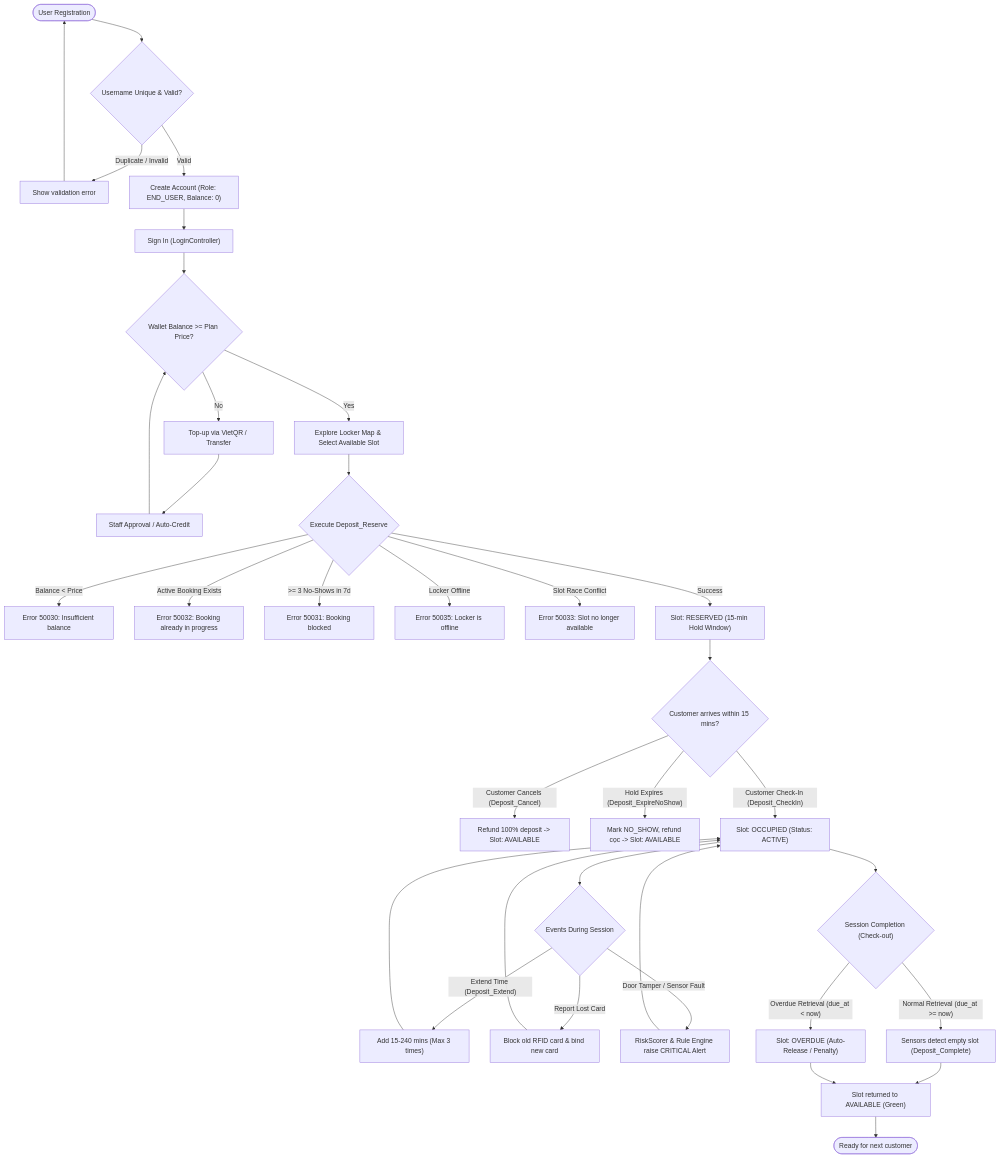
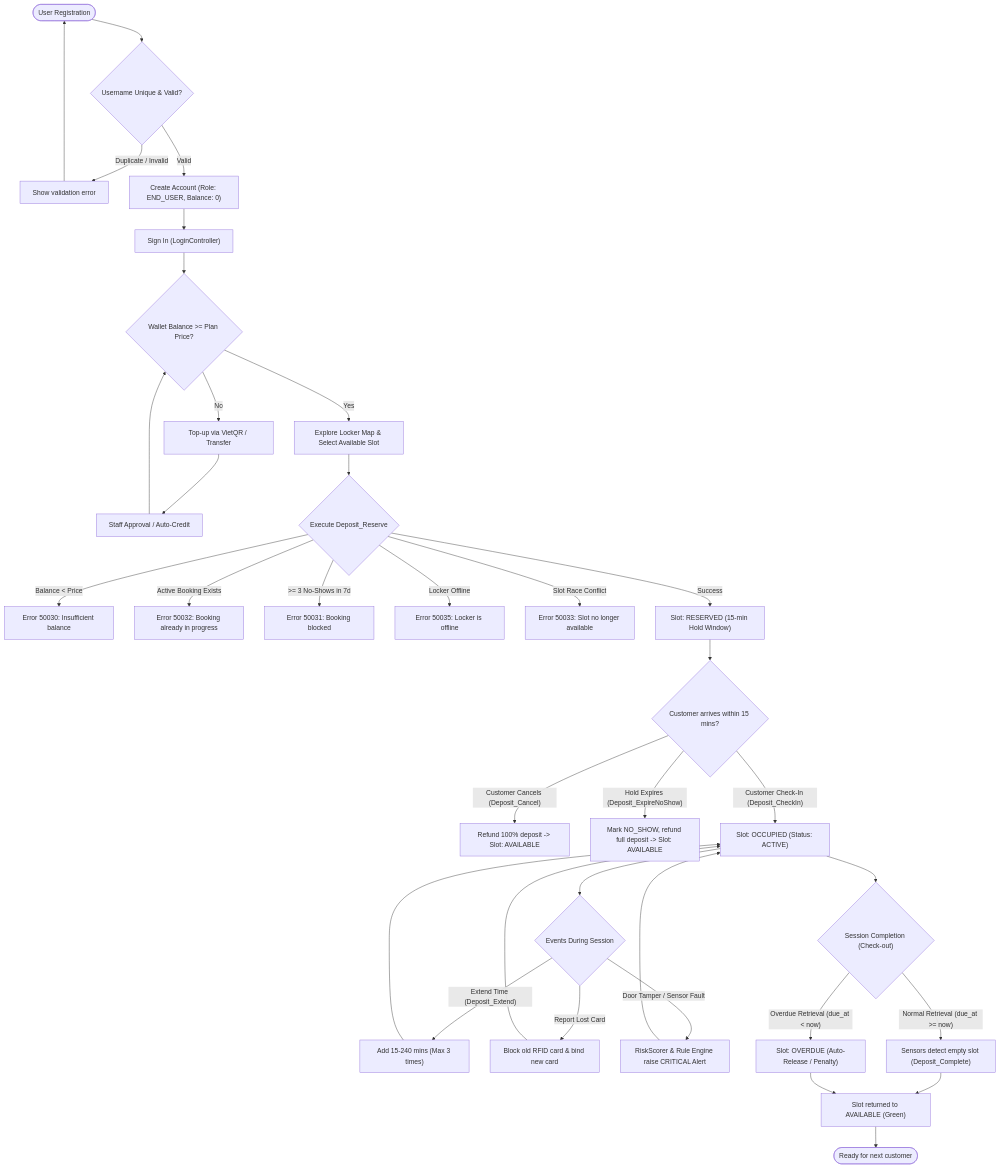
One commit to HoangDuc1003/SmartLocker changed the second of 3 diagrams in docs/SYSTEM_FLOWS.md. Above: the diagram before and after it, drawn with Mermaid. The commit also changed 2 other files, not shown here.

Commit message:
add example data

````diff
--- a/docs/SYSTEM_FLOWS.md
+++ b/docs/SYSTEM_FLOWS.md
@@ -51,47 +51,47 @@
 ```mermaid
 flowchart TD
     Start(["User Registration"]) --> RegVerify{"Username Unique & Valid?"}
     RegVerify -- "Duplicate / Invalid" --> RegError["Show validation error"]
     RegError --> Start
     RegVerify -- "Valid" --> AccCreated["Create Account (Role: END_USER, Balance: 0)"]
     
     AccCreated --> Login["Sign In (LoginController)"]
     Login --> ChkBalance{"Wallet Balance >= Plan Price?"}
     
     ChkBalance -- "No" --> TopupFlow["Top-up via VietQR / Transfer"]
     TopupFlow --> AdminReview["Staff Approval / Auto-Credit"]
     AdminReview --> ChkBalance
     
     ChkBalance -- "Yes" --> BrowseMap["Explore Locker Map & Select Available Slot"]
     BrowseMap --> ReserveCall{"Execute Deposit_Reserve"}
     
     ReserveCall -- "Balance < Price" --> Err30["Error 50030: Insufficient balance"]
     ReserveCall -- "Active Booking Exists" --> Err32["Error 50032: Booking already in progress"]
     ReserveCall -- ">= 3 No-Shows in 7d" --> Err31["Error 50031: Booking blocked"]
     ReserveCall -- "Locker Offline" --> Err35["Error 50035: Locker is offline"]
     ReserveCall -- "Slot Race Conflict" --> Err33["Error 50033: Slot no longer available"]
     
     ReserveCall -- "Success" --> ReservedState["Slot: RESERVED (15-min Hold Window)"]
     
     ReservedState --> CheckInDecision{"Customer arrives within 15 mins?"}
     
     CheckInDecision -- "Customer Cancels (Deposit_Cancel)" --> Refund["Refund 100% deposit -> Slot: AVAILABLE"]
-    CheckInDecision -- "Hold Expires (Deposit_ExpireNoShow)" --> NoShow["Mark NO_SHOW, refund cọc -> Slot: AVAILABLE"]
+    CheckInDecision -- "Hold Expires (Deposit_ExpireNoShow)" --> NoShow["Mark NO_SHOW, refund full deposit -> Slot: AVAILABLE"]
     CheckInDecision -- "Customer Check-In (Deposit_CheckIn)" --> ActiveState["Slot: OCCUPIED (Status: ACTIVE)"]
     
     ActiveState --> InUseEvents{"Events During Session"}
     InUseEvents -- "Extend Time (Deposit_Extend)" --> ExtendSlot["Add 15-240 mins (Max 3 times)"]
     ExtendSlot --> ActiveState
     InUseEvents -- "Report Lost Card" --> BlockOld["Block old RFID card & bind new card"]
     BlockOld --> ActiveState
     InUseEvents -- "Door Tamper / Sensor Fault" --> AIAlert["RiskScorer & Rule Engine raise CRITICAL Alert"]
     AIAlert --> ActiveState
     
     ActiveState --> CheckOut{"Session Completion (Check-out)"}
     CheckOut -- "Normal Retrieval (due_at >= now)" --> CompleteNormal["Sensors detect empty slot (Deposit_Complete)"]
     CheckOut -- "Overdue Retrieval (due_at < now)" --> OverdueState["Slot: OVERDUE (Auto-Release / Penalty)"]
     
     CompleteNormal --> AvailableAgain["Slot returned to AVAILABLE (Green)"]
     OverdueState --> AvailableAgain
     AvailableAgain --> Finish(["Ready for next customer"])
 ```
````
